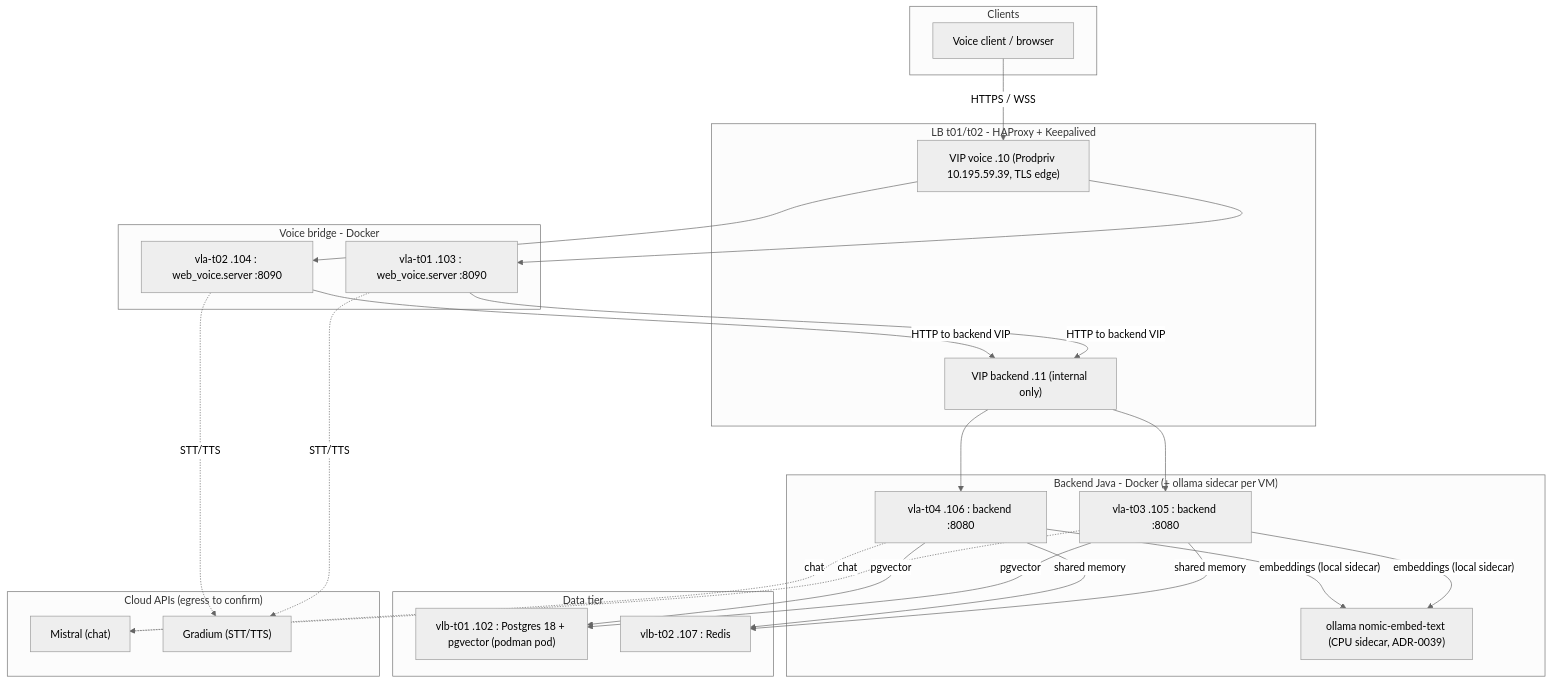
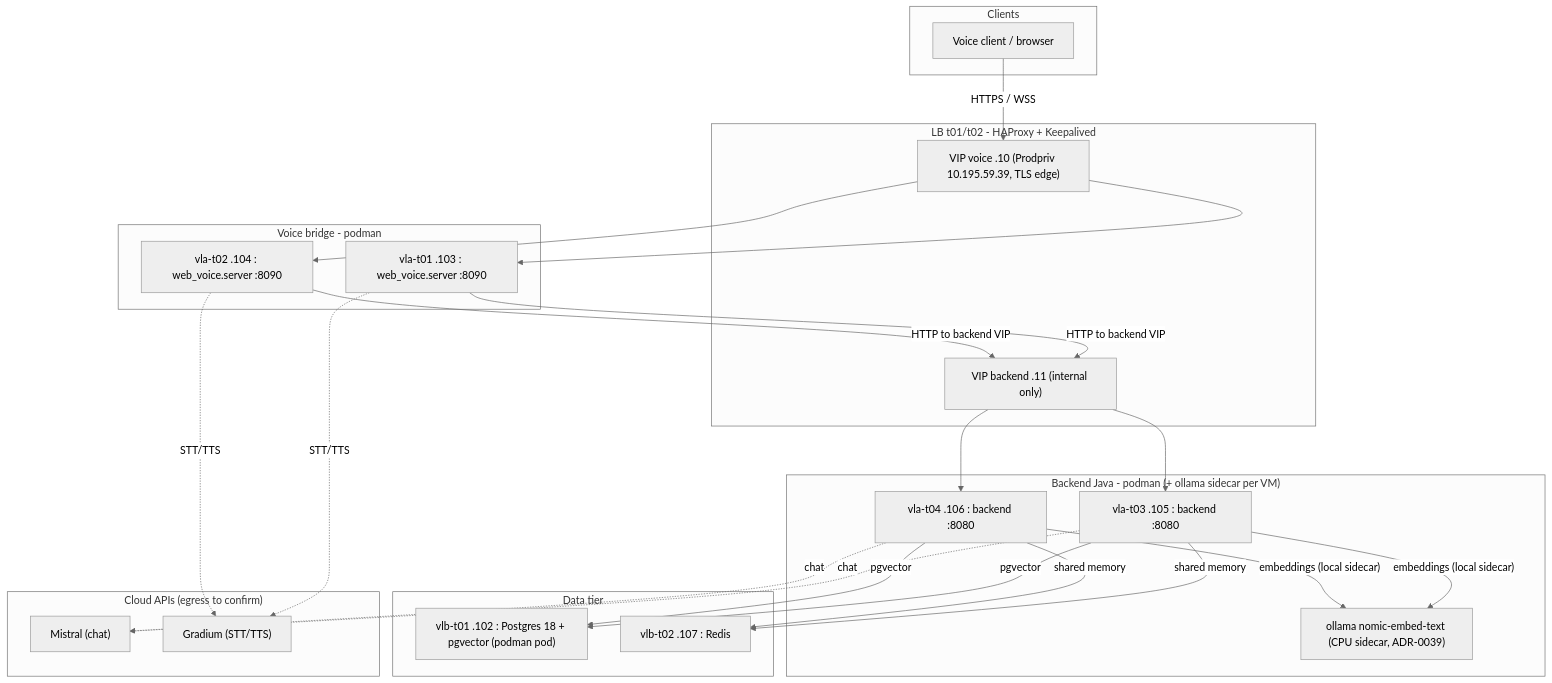
The diagram in docs/operations/deployment-eir-ai4cc-tst.md (tgrimaud/V2V), drawn with Mermaid (neutral theme) before and after one commit. The commit also changed other lines of this file and 16 other files, not shown here.

````diff
--- a/docs/operations/deployment-eir-ai4cc-tst.md
+++ b/docs/operations/deployment-eir-ai4cc-tst.md
@@ -20,36 +20,36 @@
 ```mermaid
 flowchart TB
   subgraph clients [Clients]
     Browser["Voice client / browser"]
   end
   subgraph lb ["LB t01/t02 - HAProxy + Keepalived"]
     VIPvoice["VIP voice .10 (Prodpriv 10.195.59.39, TLS edge)"]
     VIPbackend["VIP backend .11 (internal only)"]
   end
-  subgraph voicepool ["Voice bridge - Docker"]
+  subgraph voicepool ["Voice bridge - podman"]
     V1["vla-t01 .103 : web_voice.server :8090"]
     V2["vla-t02 .104 : web_voice.server :8090"]
   end
-  subgraph bepool ["Backend Java - Docker (+ ollama sidecar per VM)"]
+  subgraph bepool ["Backend Java - podman (+ ollama sidecar per VM)"]
     B1["vla-t03 .105 : backend :8080"]
     B2["vla-t04 .106 : backend :8080"]
     OL["ollama nomic-embed-text (CPU sidecar, ADR-0039)"]
   end
   subgraph data [Data tier]
     PG["vlb-t01 .102 : Postgres 18 + pgvector (podman pod)"]
     RD["vlb-t02 .107 : Redis"]
   end
   subgraph cloud ["Cloud APIs (egress to confirm)"]
     Mistral["Mistral (chat)"]
     Gradium["Gradium (STT/TTS)"]
   end
   Browser -->|"HTTPS / WSS"| VIPvoice
   VIPvoice --> V1 & V2
   V1 & V2 -->|"HTTP to backend VIP"| VIPbackend
   V1 & V2 -.->|"STT/TTS"| Gradium
   VIPbackend --> B1 & B2
   B1 & B2 -->|"pgvector"| PG
   B1 & B2 -->|"shared memory"| RD
   B1 & B2 -.->|"chat"| Mistral
   B1 & B2 -->|"embeddings (local sidecar)"| OL
 ```
````
